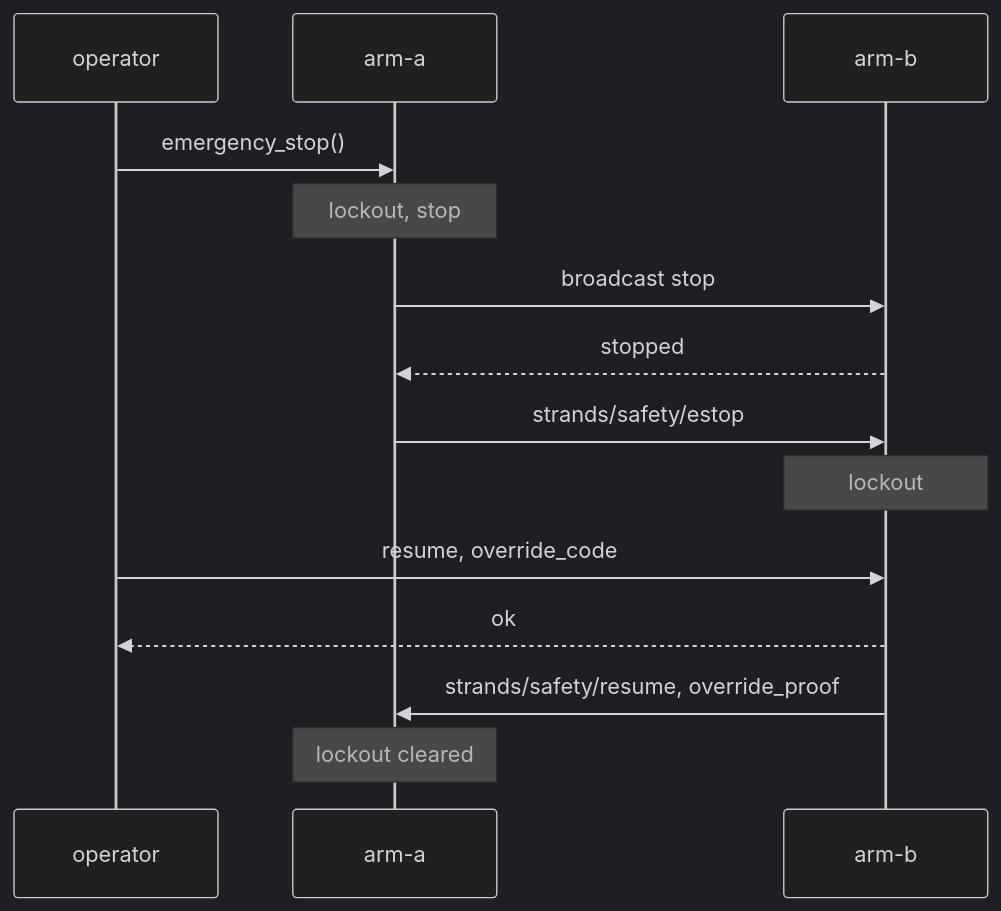
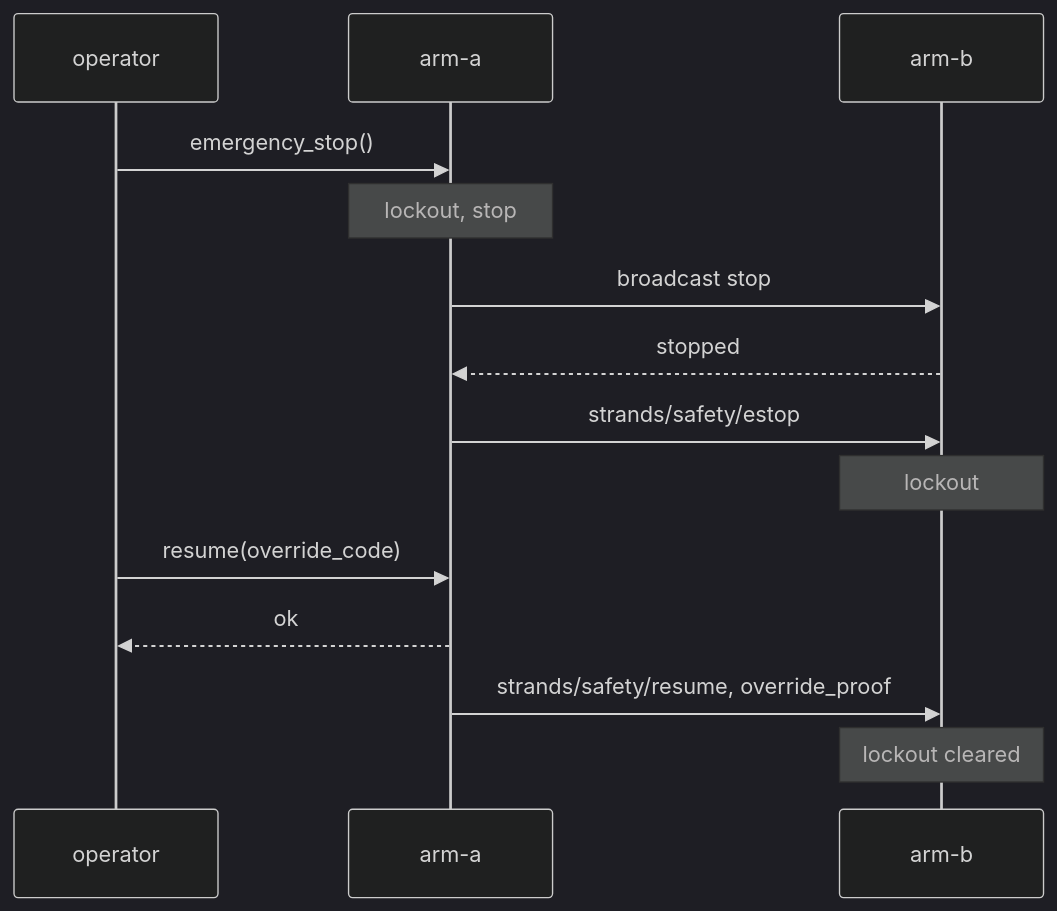
The diagram in docs/learn/mesh/safety-and-estop.md (cagataycali/robots), drawn with Mermaid (dark theme) before and after one commit. The commit also changed other lines of this file and 36 other files, not shown here.

First line of the commit message:
fix(mesh): the e-stop override code never travels, and a resume proof clears only its own lockout

````diff
--- a/docs/learn/mesh/safety-and-estop.md
+++ b/docs/learn/mesh/safety-and-estop.md
@@ -33,16 +33,16 @@
 ```mermaid
 sequenceDiagram
     participant O as operator
     participant A as arm-a
     participant B as arm-b
     O->>A: emergency_stop()
     Note over A: lockout, stop
     A->>B: broadcast stop
     B-->>A: stopped
     A->>B: strands/safety/estop
     Note over B: lockout
-    O->>B: resume, override_code
-    B-->>O: ok
-    B->>A: strands/safety/resume, override_proof
-    Note over A: lockout cleared
+    O->>A: resume(override_code)
+    A-->>O: ok
+    A->>B: strands/safety/resume, override_proof
+    Note over B: lockout cleared
 ```
````
